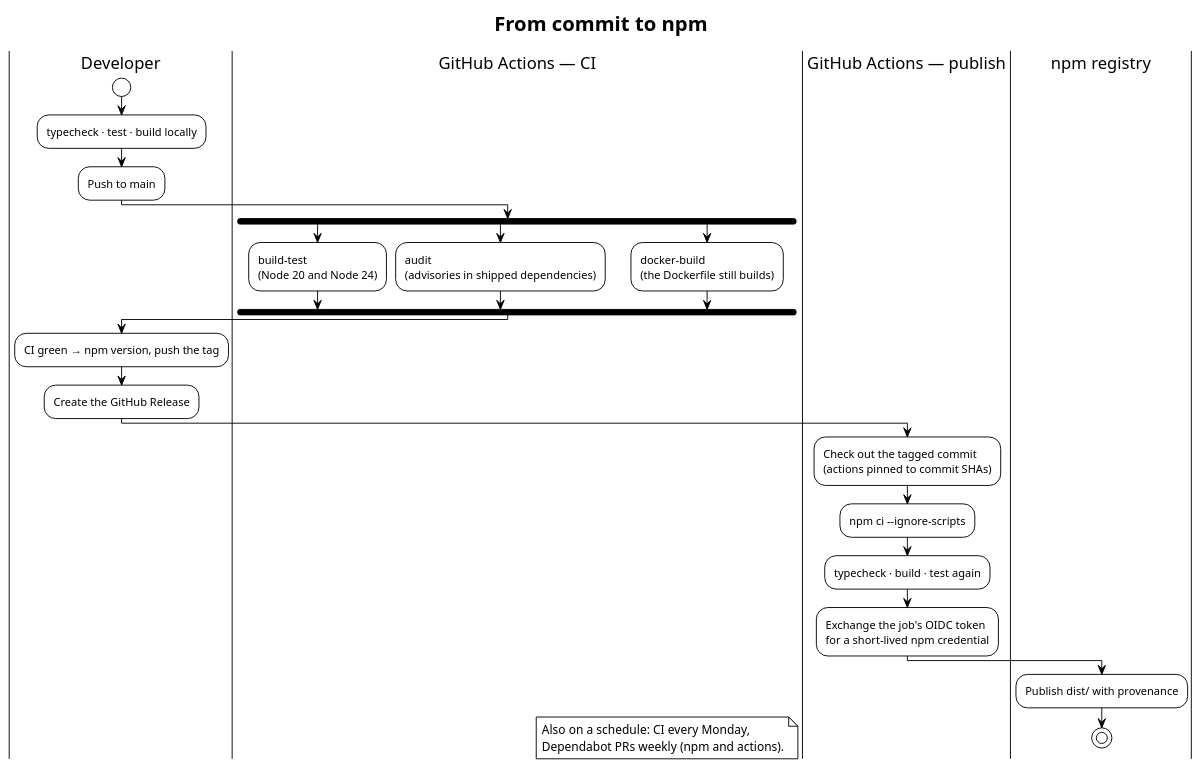
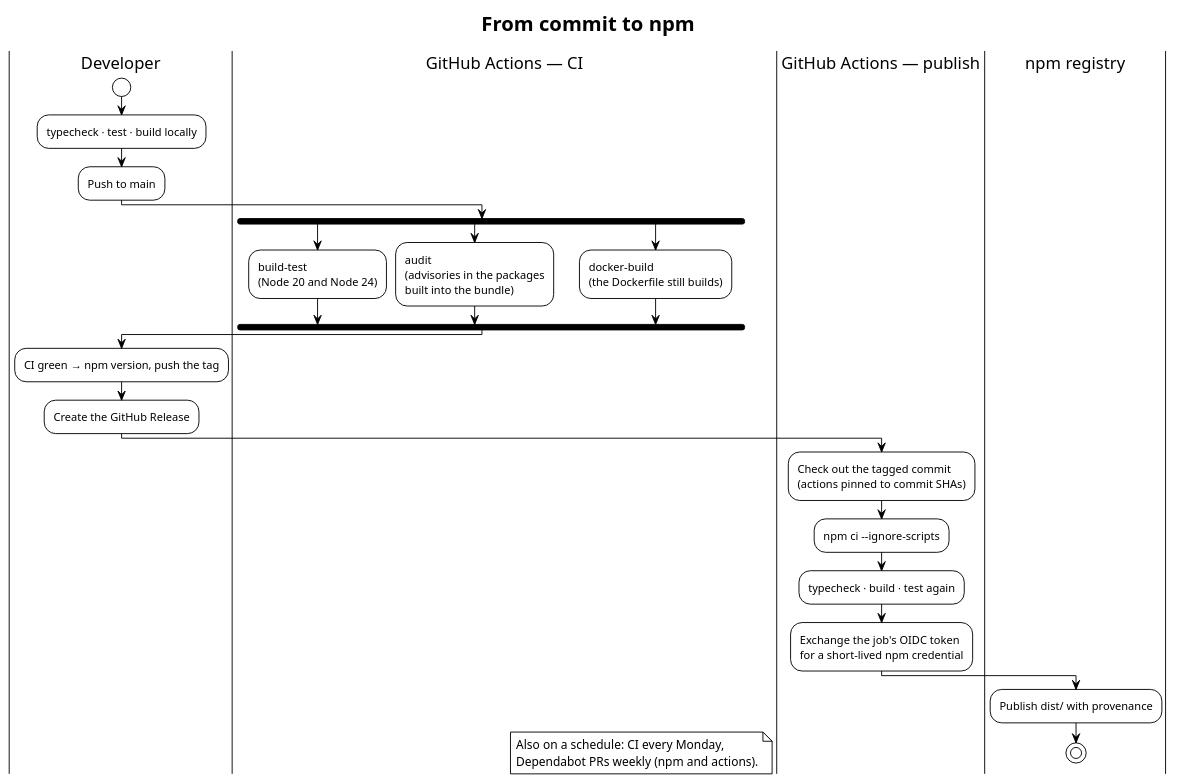
The second of 2 diagrams in docs/test-strategy_en.md (slawomir-szostak/punchout-simulator), drawn with PlantUML before and after one commit. The commit also changed other lines of this file and 18 other files, not shown here.

First line of the commit message:
build: no runtime dependencies — every package is built into the server bundle; fix proxy on Node 26

````diff
--- a/docs/test-strategy_en.md
+++ b/docs/test-strategy_en.md
@@ -216,40 +218,40 @@
 ```plantuml
 @startuml release-pipeline
 !theme plain
 title From commit to npm
 
 |Developer|
 start
 :typecheck · test · build locally;
 :Push to main;
 
 |GitHub Actions — CI|
 fork
   :build-test\n(Node 20 and Node 24);
 fork again
-  :audit\n(advisories in shipped dependencies);
+  :audit\n(advisories in the packages\nbuilt into the bundle);
 fork again
   :docker-build\n(the Dockerfile still builds);
 end fork
 
 |Developer|
 :CI green → npm version, push the tag;
 :Create the GitHub Release;
 
 |GitHub Actions — publish|
 :Check out the tagged commit\n(actions pinned to commit SHAs);
 :npm ci --ignore-scripts;
 :typecheck · build · test again;
 :Exchange the job's OIDC token\nfor a short-lived npm credential;
 
 |npm registry|
 :Publish dist/ with provenance;
 stop
 
 |GitHub Actions — CI|
 floating note right
   Also on a schedule: CI every Monday,
   Dependabot PRs weekly (npm and actions).
 end note
 @enduml
 ```
````
